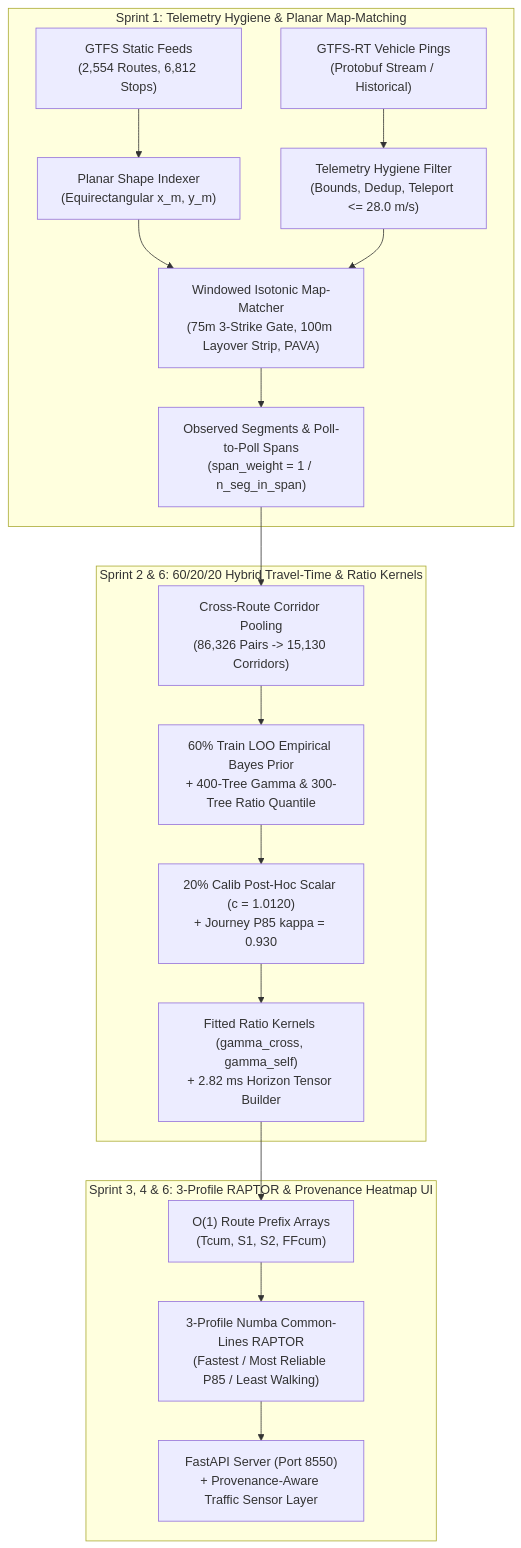
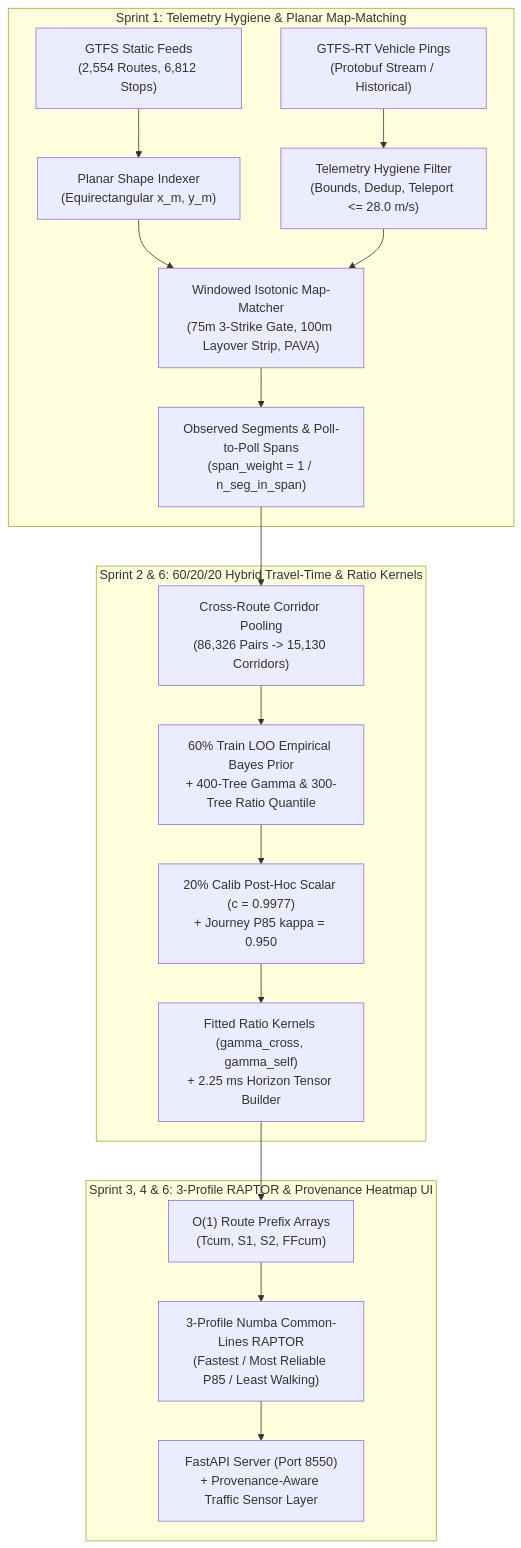
Before and after one commit to anshux1098/Delhi-Bus-Route: the diagram in README.md, drawn with Mermaid. The commit also changed other lines of this file and 24 other files, not shown here.

````diff
--- a/README.md
+++ b/README.md
@@ -46,22 +46,22 @@
 ```mermaid
 flowchart TD
     subgraph S1["Sprint 1: Telemetry Hygiene & Planar Map-Matching"]
         A["GTFS Static Feeds\n(2,554 Routes, 6,812 Stops)"] --> B["Planar Shape Indexer\n(Equirectangular x_m, y_m)"]
         C["GTFS-RT Vehicle Pings\n(Protobuf Stream / Historical)"] --> D["Telemetry Hygiene Filter\n(Bounds, Dedup, Teleport <= 28.0 m/s)"]
         B & D --> E["Windowed Isotonic Map-Matcher\n(75m 3-Strike Gate, 100m Layover Strip, PAVA)"]
         E --> F["Observed Segments & Poll-to-Poll Spans\n(span_weight = 1 / n_seg_in_span)"]
     end
 
     subgraph S2["Sprint 2 & 6: 60/20/20 Hybrid Travel-Time & Ratio Kernels"]
         F --> G["Cross-Route Corridor Pooling\n(86,326 Pairs -> 15,130 Corridors)"]
         G --> H["60% Train LOO Empirical Bayes Prior\n+ 400-Tree Gamma & 300-Tree Ratio Quantile"]
-        H --> I["20% Calib Post-Hoc Scalar (c = 1.0120)\n+ Journey P85 kappa = 0.930"]
-        I --> J["Fitted Ratio Kernels (gamma_cross, gamma_self)\n+ 2.82 ms Horizon Tensor Builder"]
+        H --> I["20% Calib Post-Hoc Scalar (c = 0.9977)\n+ Journey P85 kappa = 0.950"]
+        I --> J["Fitted Ratio Kernels (gamma_cross, gamma_self)\n+ 2.25 ms Horizon Tensor Builder"]
     end
 
     subgraph S3["Sprint 3, 4 & 6: 3-Profile RAPTOR & Provenance Heatmap UI"]
         J --> K["O(1) Route Prefix Arrays\n(Tcum, S1, S2, FFcum)"]
         K --> L["3-Profile Numba Common-Lines RAPTOR\n(Fastest / Most Reliable P85 / Least Walking)"]
         L --> M["FastAPI Server (Port 8550)\n+ Provenance-Aware Traffic Sensor Layer"]
     end
 ```
````
